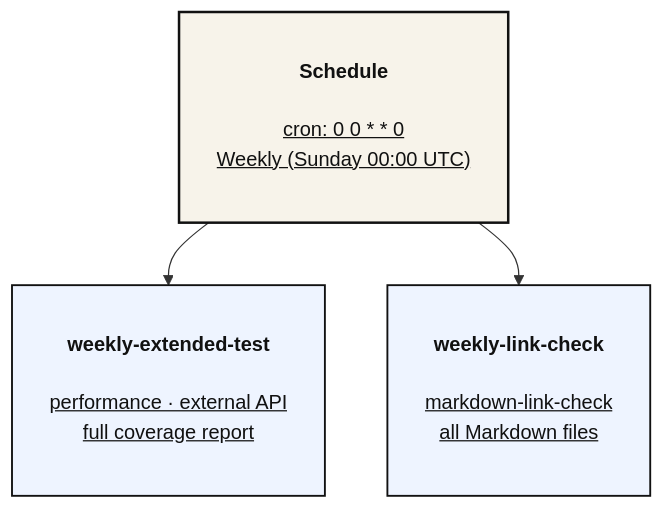
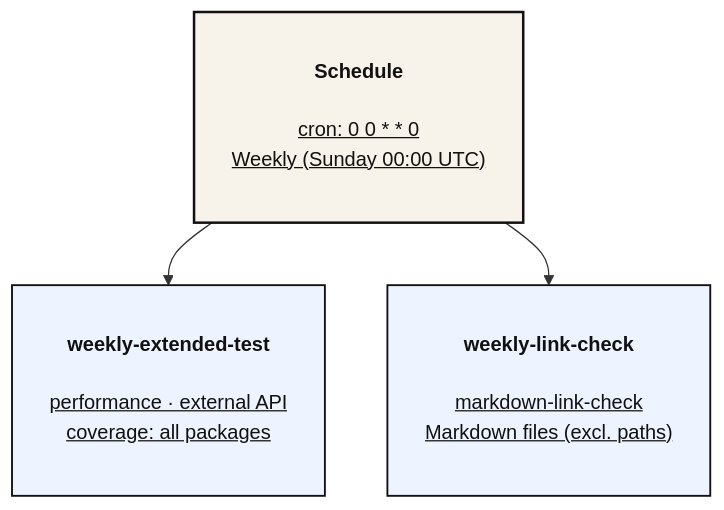
The third of 3 diagrams in docs/reference/ci_cd_pipeline.md (yaoki-dev/api-test-devops-portfolio), drawn with Mermaid before and after one commit. The commit also changed other lines of this file and 1 other file, not shown here.

````diff
--- a/docs/reference/ci_cd_pipeline.md
+++ b/docs/reference/ci_cd_pipeline.md
@@ -95,23 +95,23 @@
 ```mermaid
 ---
 config:
   flowchart:
     wrappingWidth: 420
 ---
 flowchart TD
     T["<h4>Schedule</h4><u>cron: 0 0 * * 0<br/>Weekly (Sunday 00:00 UTC)</u>
     <br/>"]
 
-    T --> WE["<h4>weekly-extended-test</h4><u>performance · external API<br/>full coverage report</u>
+    T --> WE["<h4>weekly-extended-test</h4><u>performance · external API<br/>coverage: all packages</u>
     <br/>"]
 
-    T --> WL["<h4>weekly-link-check</h4><u>markdown-link-check<br/>all Markdown files</u>
+    T --> WL["<h4>weekly-link-check</h4><u>markdown-link-check<br/>Markdown files (excl. paths)</u>
     <br/>"]
 
     classDef default fill:#F7F3EA,stroke:#111,stroke-width:1.5px,color:#111;
     classDef trigger fill:#F7F3EA,stroke:#111,stroke-width:2px,color:#111;
     classDef weekly fill:#EEF4FF,stroke:#111,stroke-width:1.5px,color:#111;
 
     class T trigger;
     class WE,WL weekly;
 ```
````
